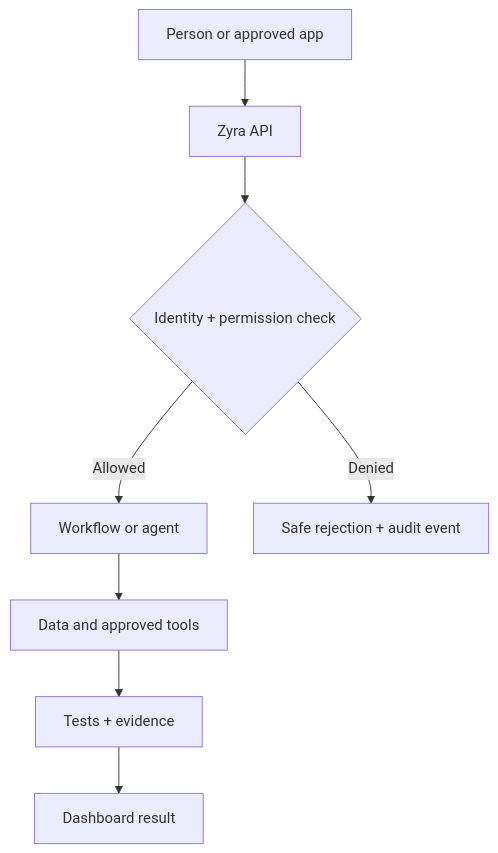
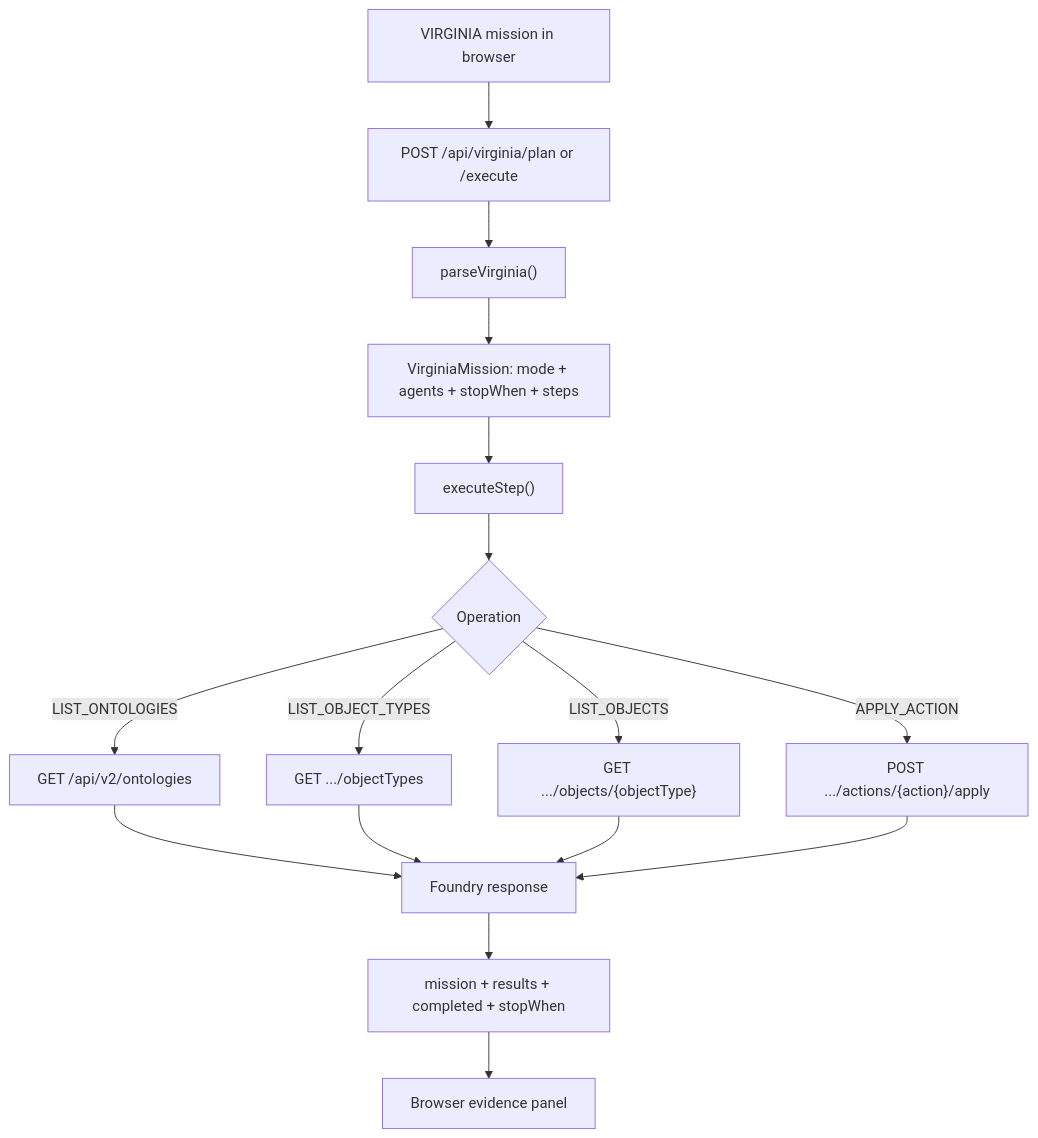
Before and after one commit to sonoxo/zyra: the diagram in README.md, drawn with Mermaid. The commit also changed other lines of this file, not shown here.

Commit message:
docs: make README graphics explain actual repository functions

````diff
--- a/README.md
+++ b/README.md
@@ -81,10 +110,18 @@
 ```mermaid
 flowchart TD
-    A["Person or approved app"] --> B["Zyra API"]
-    B --> C{"Identity + permission check"}
-    C -->|Allowed| D["Workflow or agent"]
-    C -->|Denied| E["Safe rejection + audit event"]
-    D --> F["Data and approved tools"]
-    F --> G["Tests + evidence"]
-    G --> H["Dashboard result"]
+    A["VIRGINIA mission in browser"] --> B["POST /api/virginia/plan or /execute"]
+    B --> C["parseVirginia()"]
+    C --> D["VirginiaMission: mode + agents + stopWhen + steps"]
+    D --> E["executeStep()"]
+    E --> F{"Operation"}
+    F -->|LIST_ONTOLOGIES| G["GET /api/v2/ontologies"]
+    F -->|LIST_OBJECT_TYPES| H["GET .../objectTypes"]
+    F -->|LIST_OBJECTS| I["GET .../objects/{objectType}"]
+    F -->|APPLY_ACTION| J["POST .../actions/{action}/apply"]
+    G --> K["Foundry response"]
+    H --> K
+    I --> K
+    J --> K
+    K --> L["mission + results + completed + stopWhen"]
+    L --> M["Browser evidence panel"]
 ```
````
